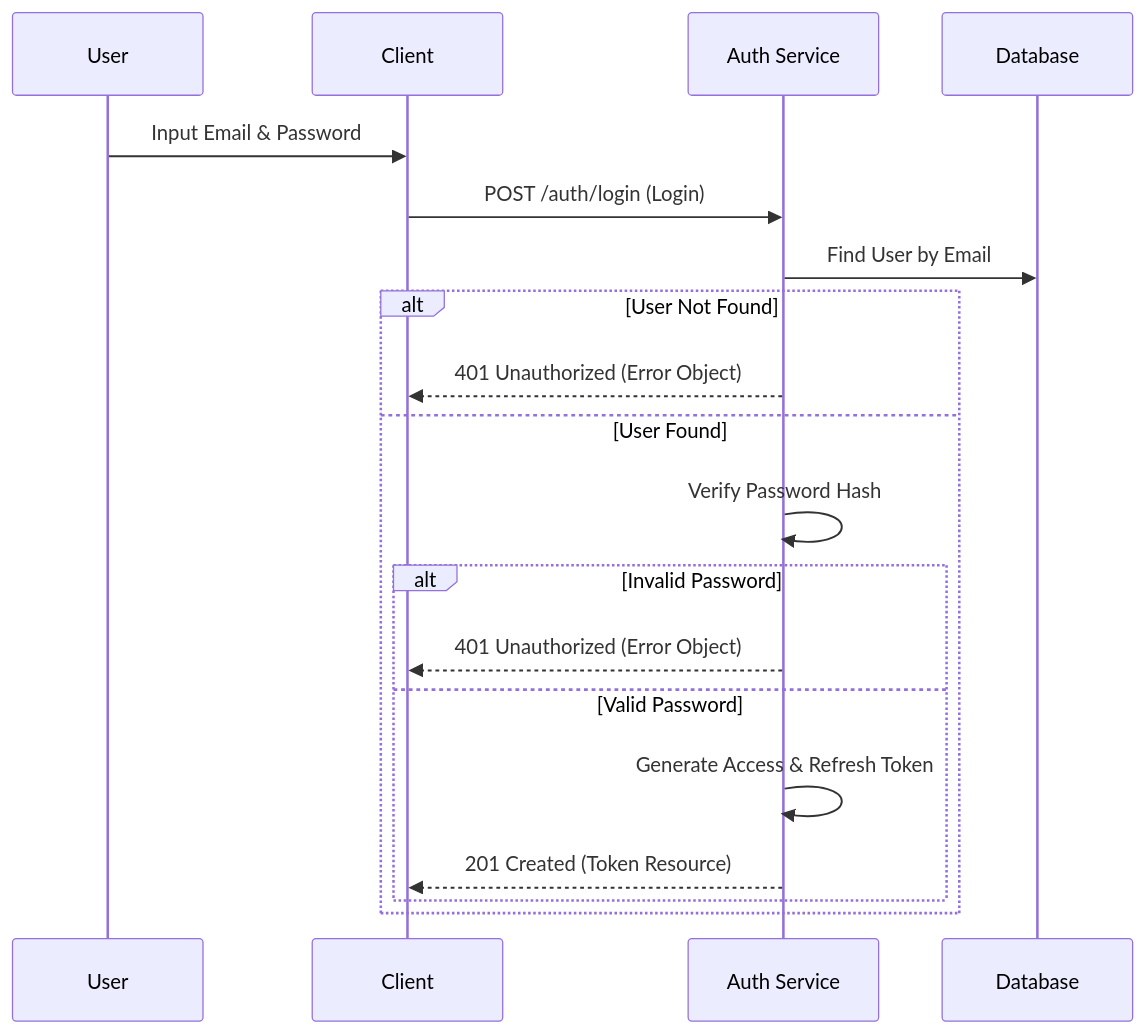
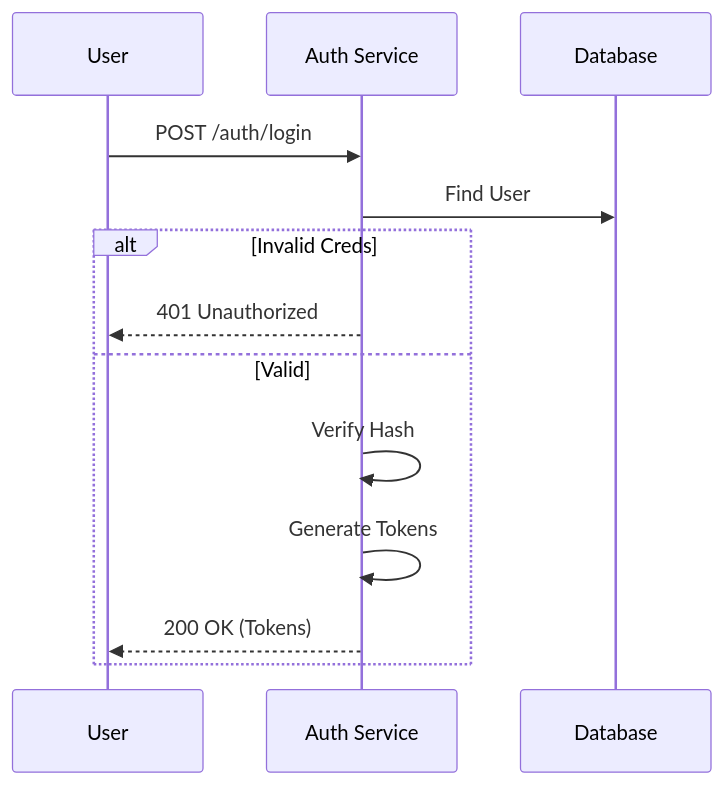
One commit to vheins/vibe-coding-template changed the diagram in .agent/documents/application/modules/iam-security/authentication.md. Above: the diagram before and after it, drawn with Mermaid. The commit also changed other lines of this file and 2 other files, not shown here.

````diff
--- a/.agent/documents/application/modules/iam-security/authentication.md
+++ b/.agent/documents/application/modules/iam-security/authentication.md
@@ -68,22 +26,16 @@
 ```mermaid
 sequenceDiagram
     participant User
-    participant Client
     participant API as Auth Service
     participant DB as Database
 
-    User->>Client: Input Email & Password
-    Client->>API: POST /auth/login (Login)
-    API->>DB: Find User by Email
-    alt User Not Found
-        API-->>Client: 401 Unauthorized (Error Object)
-    else User Found
-        API->>API: Verify Password Hash
-        alt Invalid Password
-            API-->>Client: 401 Unauthorized (Error Object)
-        else Valid Password
-            API->>API: Generate Access & Refresh Token
-            API-->>Client: 201 Created (Token Resource)
-        end
+    User->>API: POST /auth/login
+    API->>DB: Find User
+    alt Invalid Creds
+        API-->>User: 401 Unauthorized
+    else Valid
+        API->>API: Verify Hash
+        API->>API: Generate Tokens
+        API-->>User: 200 OK (Tokens)
     end
 ```
````
